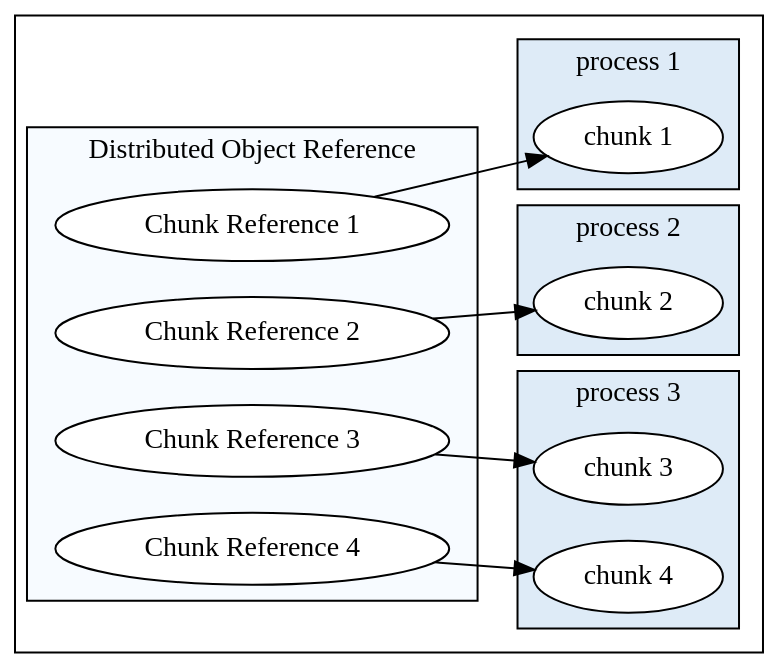
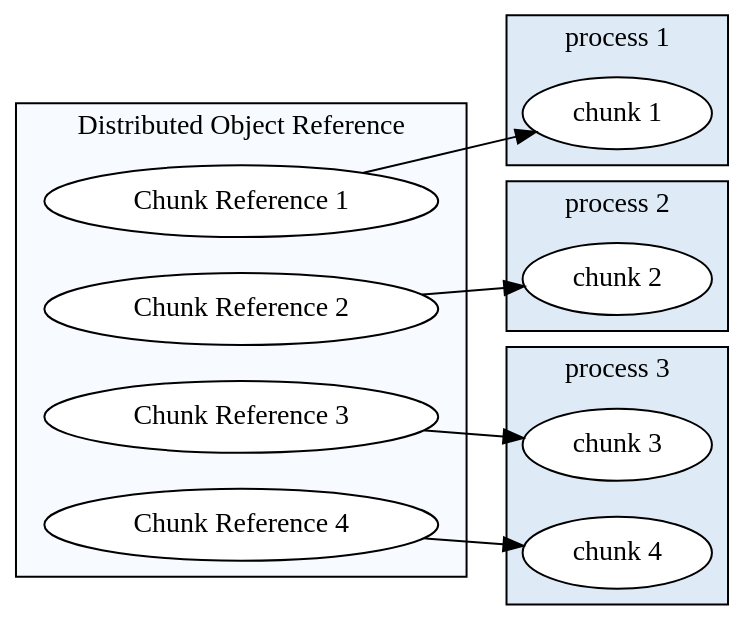
The diagram in assets/distobjref.dot (jcai849/defence), drawn with Graphviz before and after one commit. The commit also changed 2 other files, not shown here.

Commit message:
feat: make graph backgrounds transparent

```diff
--- a/assets/distobjref.dot
+++ b/assets/distobjref.dot
@@ -1,37 +1,38 @@
 digraph distobjref {
+    bgcolor=transparent
 	colorscheme="Blues9"
 	rankdir="LR";
 	node [style="filled", fillcolor=white];
 	style="filled";
 
 	subgraph cluster_distobjref {
 		label="Distributed Object Reference";
 		fillcolor=1;
 		cr1[label="Chunk Reference 1"];
 		cr2[label="Chunk Reference 2"];
 		cr3[label="Chunk Reference 3"];
 		cr4[label="Chunk Reference 4"];
 	}
 
 	subgraph cluster_process1 {
 		label="process 1";
 		fillcolor=2;
 		c1[label="chunk 1"];
 	}
 	subgraph cluster_process2 {
 		label="process 2";
 		fillcolor=2;
 		c2[label="chunk 2"];
 	}
 	subgraph cluster_process3 {
 		label="process 3";
 		fillcolor=2;
 		c3[label="chunk 3"];
 		c4[label="chunk 4"];
 	}
 
 	cr1 -> c1;
 	cr2 -> c2;
 	cr3 -> c3;
 	cr4 -> c4;
 }
```
